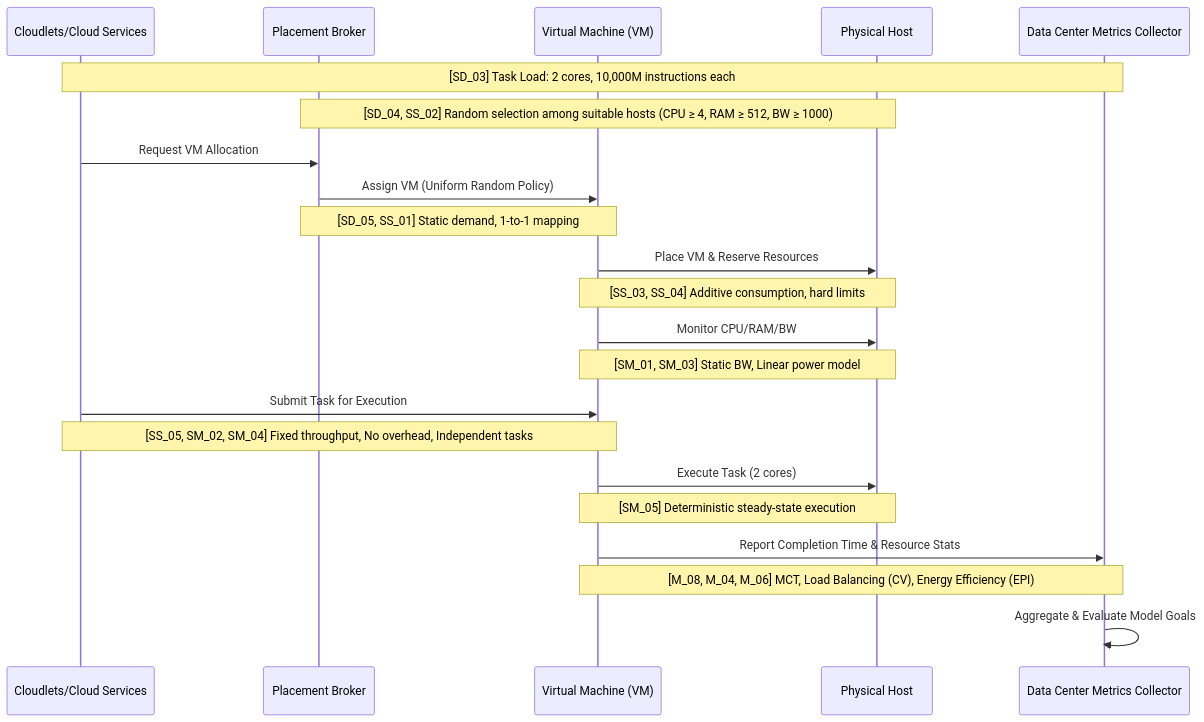
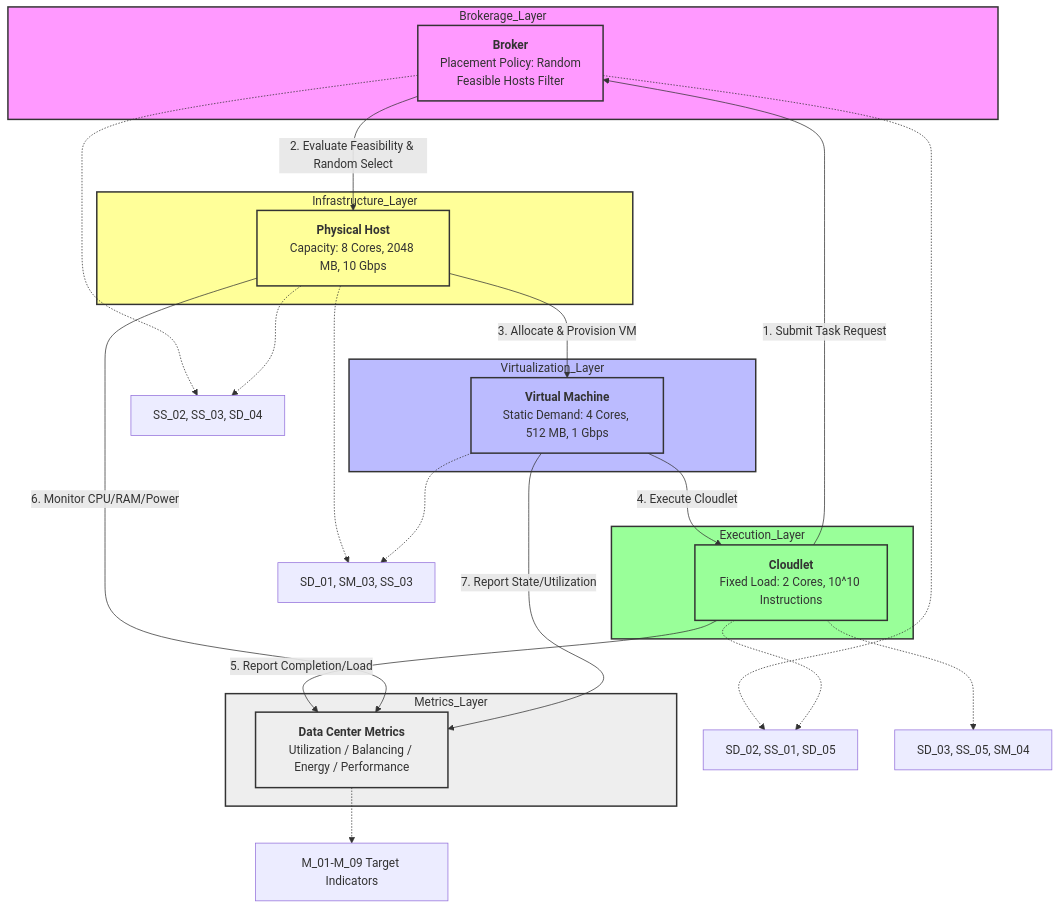
Before and after one commit to nadezhdagub/JavaPhilosophy: the diagram in README.md, drawn with Mermaid. The commit also changed other lines of this file, not shown here.

````diff
--- a/README.md
+++ b/README.md
@@ -36,27 +10,58 @@
 ```mermaid
-sequenceDiagram
-    participant Cloudlets as Cloudlets/Cloud Services
-    participant Broker as Placement Broker
-    participant VM as Virtual Machine (VM)
-    participant Host as Physical Host
-    participant Metrics as Data Center Metrics Collector
+graph TD
+    subgraph Brokerage_Layer
+        B[<b>Broker</b><br/>Placement Policy: Random<br/>Feasible Hosts Filter]
+    end
 
-    Note over Cloudlets, Metrics: [SD_03] Task Load: 2 cores, 10,000M instructions each
-    Note over Broker, Host: [SD_04, SS_02] Random selection among suitable hosts (CPU ≥ 4, RAM ≥ 512, BW ≥ 1000)
+    subgraph Virtualization_Layer
+        VM[<b>Virtual Machine</b><br/>Static Demand: 4 Cores, 512 MB, 1 Gbps]
+    end
 
-    Cloudlets->>Broker: Request VM Allocation
-    Broker->>VM: Assign VM (Uniform Random Policy)
-    Note over Broker, VM: [SD_05, SS_01] Static demand, 1-to-1 mapping
-    VM->>Host: Place VM & Reserve Resources
-    Note over VM, Host: [SS_03, SS_04] Additive consumption, hard limits
-    VM->>Host: Monitor CPU/RAM/BW
-    Note over VM, Host: [SM_01, SM_03] Static BW, Linear power model
+    subgraph Infrastructure_Layer
+        H[<b>Physical Host</b><br/>Capacity: 8 Cores, 2048 MB, 10 Gbps]
+    end
 
-    Cloudlets->>VM: Submit Task for Execution
-    Note over Cloudlets, VM: [SS_05, SM_02, SM_04] Fixed throughput, No overhead, Independent tasks
-    VM->>Host: Execute Task (2 cores)
-    Note over VM, Host: [SM_05] Deterministic steady-state execution
-    VM->>Metrics: Report Completion Time & Resource Stats
-    Note over VM, Metrics: [M_08, M_04, M_06] MCT, Load Balancing (CV), Energy Efficiency (EPI)
-    Metrics->>Metrics: Aggregate & Evaluate Model Goals
+    subgraph Execution_Layer
+        CL[<b>Cloudlet</b><br/>Fixed Load: 2 Cores, 10^10 Instructions]
+    end
+
+    subgraph Metrics_Layer
+        M[<b>Data Center Metrics</b><br/>Utilization / Balancing / Energy / Performance]
+    end
+
+    %% Control & Data Flow
+    CL -->|1. Submit Task Request| B
+    B -->|2. Evaluate Feasibility & Random Select| H
+    H -->|3. Allocate & Provision VM| VM
+    VM -->|4. Execute Cloudlet| CL
+    CL -->|5. Report Completion/Load| M
+    H -->|6. Monitor CPU/RAM/Power| M
+    VM -->|7. Report State/Utilization| M
+
+    %% Assumption Annotations
+    note1[SD_02, SS_01, SD_05]
+    note2[SS_02, SS_03, SD_04]
+    note3[SD_01, SM_03, SS_03]
+    note4[SD_03, SS_05, SM_04]
+    note5[M_01-M_09 Target Indicators]
+
+    B -.-> note1
+    CL -.-> note1
+    B -.-> note2
+    H -.-> note2
+    H -.-> note3
+    VM -.-> note3
+    CL -.-> note4
+    M -.-> note5
+
+    classDef broker fill:#f9f,stroke:#333,stroke-width:2px;
+    classDef vm fill:#bbf,stroke:#333,stroke-width:2px;
+    classDef host fill:#ff9,stroke:#333,stroke-width:2px;
+    classDef task fill:#9f9,stroke:#333,stroke-width:2px;
+    classDef metrics fill:#eee,stroke:#333,stroke-width:2px,dashed;
+    class B,Brokerage_Layer broker;
+    class VM,Virtualization_Layer vm;
+    class H,Infrastructure_Layer host;
+    class CL,Execution_Layer task;
+    class M,Metrics_Layer metrics;
 ```
````
